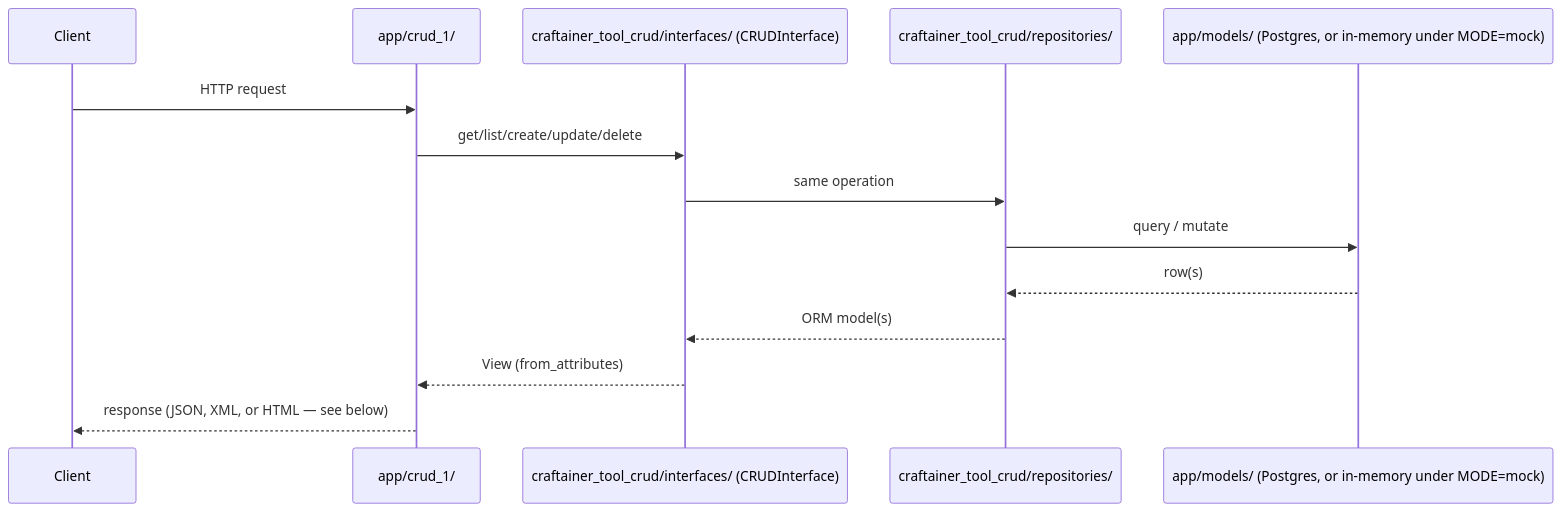
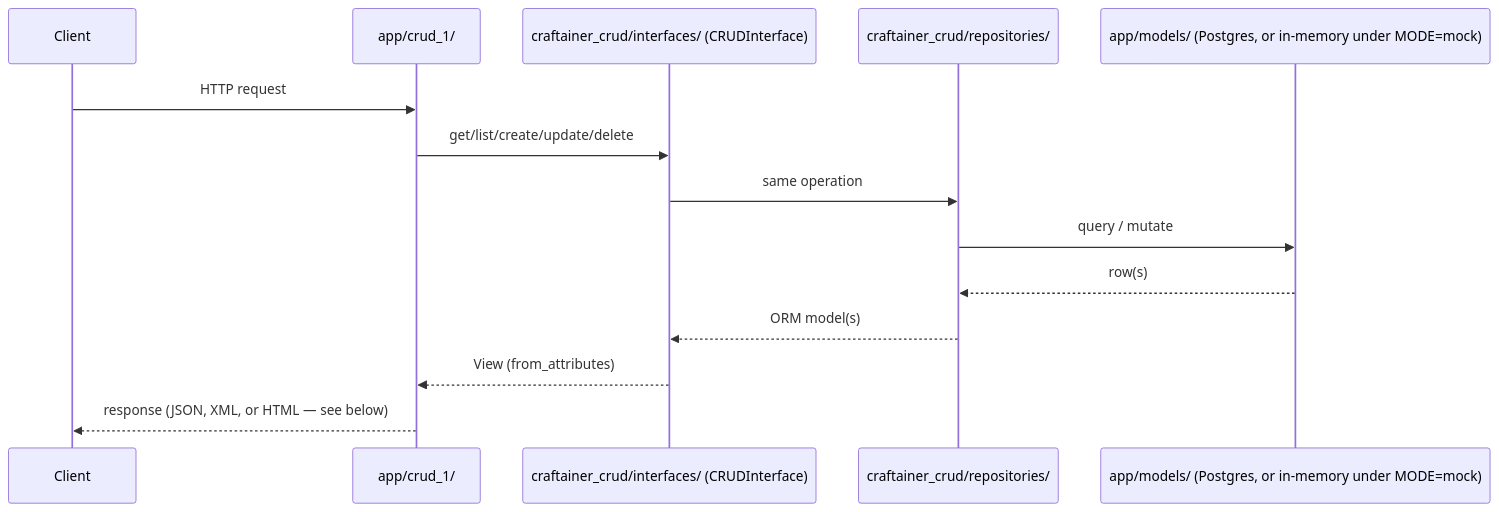
One commit to craftainer/template-fastapi changed the third of 3 diagrams in docs/system-design.md. Above: the diagram before and after it, drawn with Mermaid. The commit also changed other lines of this file and 90 other files, not shown here.

````diff
--- a/docs/system-design.md
+++ b/docs/system-design.md
@@ -87,17 +87,17 @@
 ```mermaid
 sequenceDiagram
     participant Client
     participant Controller as app/crud_1/
-    participant CRUD as craftainer_tool_crud/interfaces/ (CRUDInterface)
-    participant Repo as craftainer_tool_crud/repositories/
+    participant CRUD as craftainer_crud/interfaces/ (CRUDInterface)
+    participant Repo as craftainer_crud/repositories/
     participant Model as app/models/ (Postgres, or in-memory under MODE=mock)
 
     Client->>Controller: HTTP request
     Controller->>CRUD: get/list/create/update/delete
     CRUD->>Repo: same operation
     Repo->>Model: query / mutate
     Model-->>Repo: row(s)
     Repo-->>CRUD: ORM model(s)
     CRUD-->>Controller: View (from_attributes)
     Controller-->>Client: response (JSON, XML, or HTML — see below)
 ```
````
